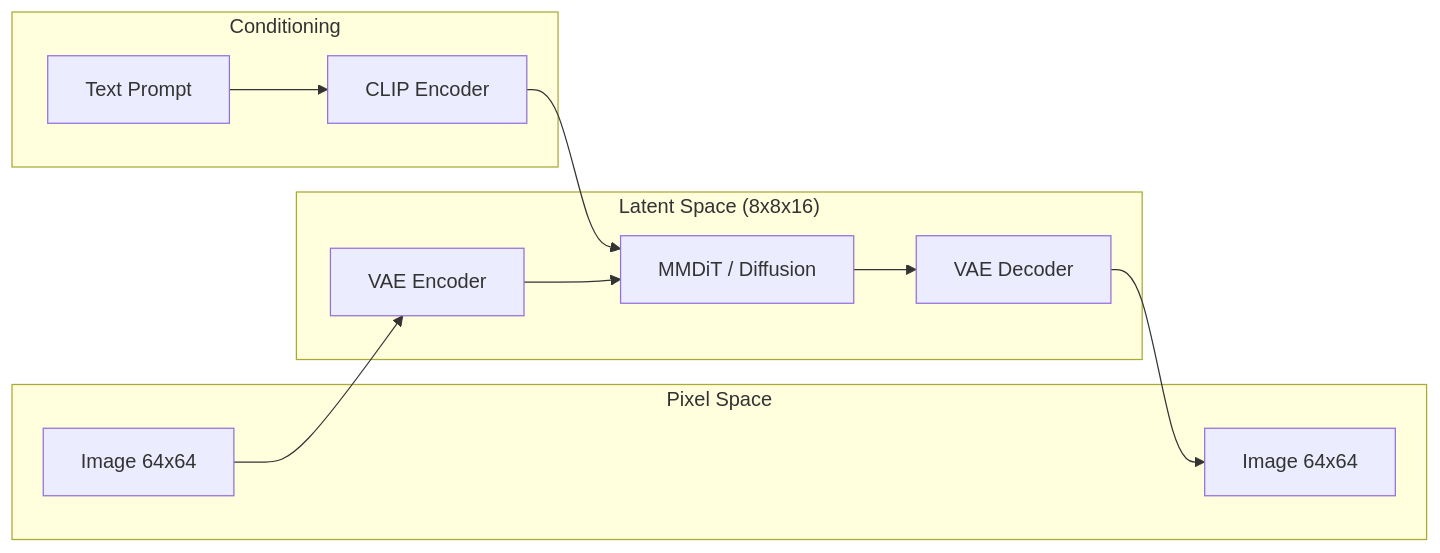
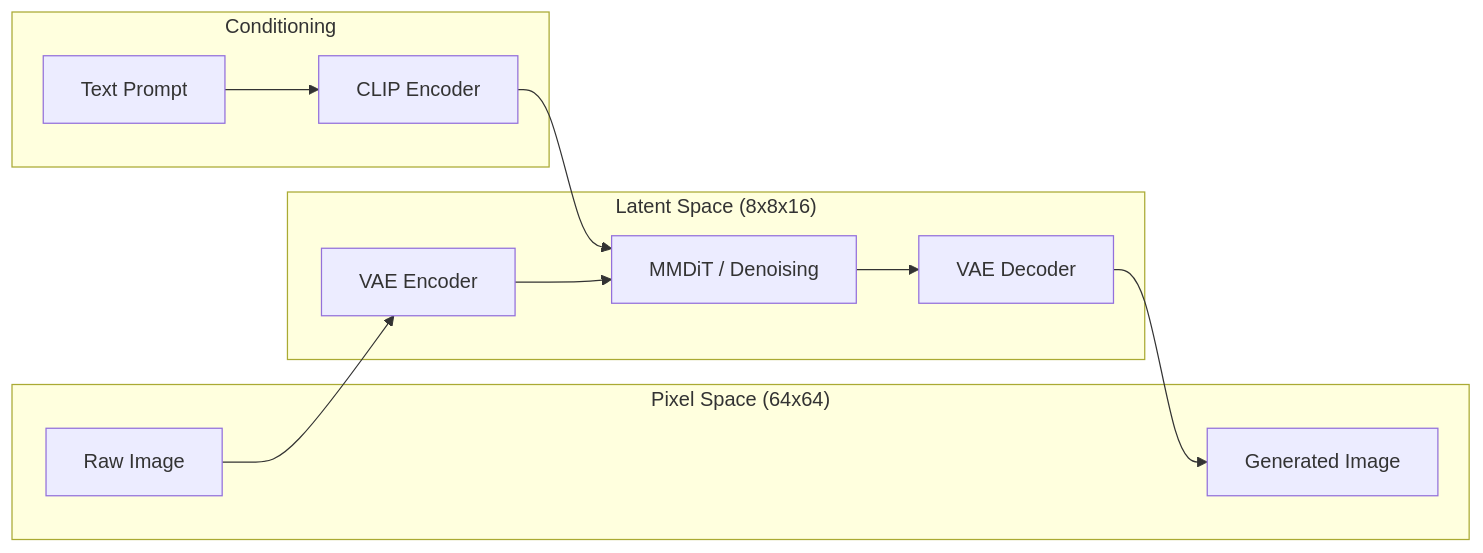
The diagram in docs/architecture.md (junyeong-nero/tiny-stable-diffusion), drawn with Mermaid before and after one commit. The commit also changed other lines of this file and 11 other files, not shown here.

````diff
--- a/docs/architecture.md
+++ b/docs/architecture.md
@@ -21,23 +21,23 @@
 ```mermaid
 graph LR
-    subgraph "Pixel Space"
-        Input[Image 64x64]
-        Output[Image 64x64]
+    subgraph "Pixel Space (64x64)"
+        Input[Raw Image]
+        Output[Generated Image]
     end
 
     subgraph "Latent Space (8x8x16)"
         VAE_Enc[VAE Encoder]
-        Diffusion[MMDiT / Diffusion]
+        Diffusion[MMDiT / Denoising]
         VAE_Dec[VAE Decoder]
     end
 
     subgraph "Conditioning"
         Prompt[Text Prompt] --> TextEnc[CLIP Encoder]
     end
 
     Input --> VAE_Enc
     VAE_Enc --> Diffusion
     TextEnc --> Diffusion
     Diffusion --> VAE_Dec
     VAE_Dec --> Output
 ```
````
